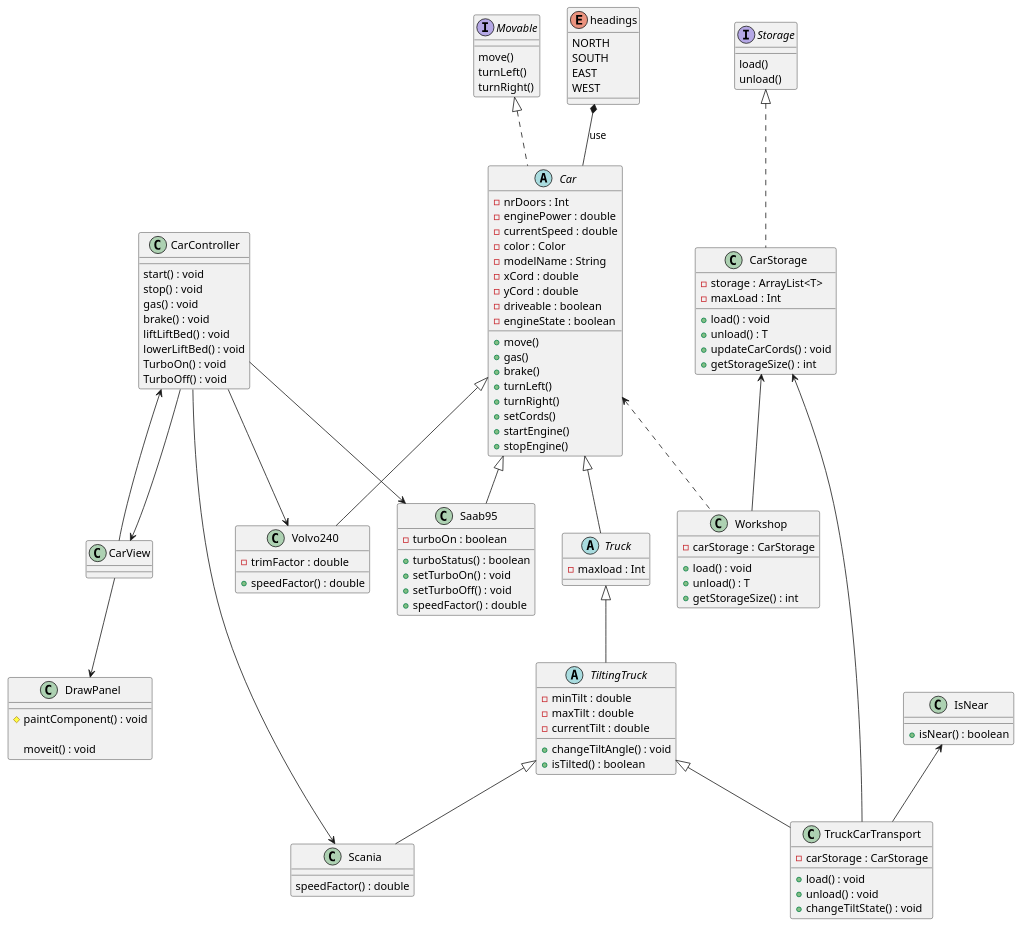
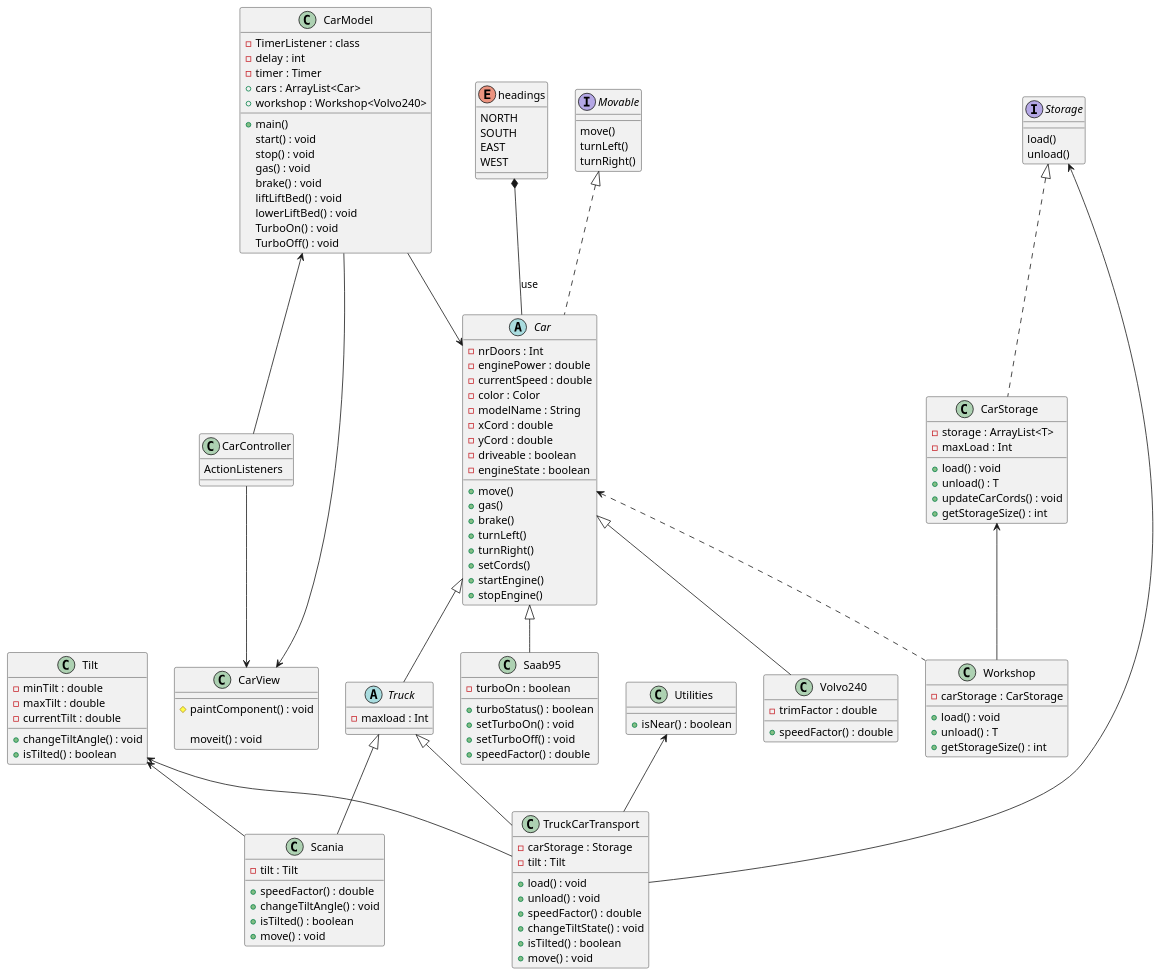
Before and after one commit to jabb4/TDA553-Lab: the diagram in upg4.puml, drawn with PlantUML. The commit also changed 5 other files, not shown here.

```diff
--- a/upg4.puml
+++ b/upg4.puml
@@ -1,148 +1,164 @@
 @startuml
 'https://plantuml.com/class-diagram
 
 enum headings {
 NORTH
 SOUTH
 EAST
 WEST
 }
 
 abstract class Car {
 - nrDoors : Int
 - enginePower : double
 - currentSpeed : double
 - color : Color
 - modelName : String
 - xCord : double
 - yCord : double
 - driveable : boolean
 - engineState : boolean
 
 + move()
 + gas()
 + brake()
 + turnLeft()
 + turnRight()
 + setCords()
 + startEngine()
 + stopEngine()
 }
 
 abstract class Truck {
 - maxload : Int
 }
 
-abstract class TiltingTruck {
+class Tilt {
 + changeTiltAngle() : void
 + isTilted() : boolean
 
 - minTilt : double
 - maxTilt : double
 - currentTilt : double
 }
 
 class CarController {
+ActionListeners
+}
+
+class CarModel {
+- TimerListener : class
+- delay : int
+- timer : Timer
++ cars : ArrayList<Car>
++ workshop : Workshop<Volvo240>
+
++ main()
 start() : void
 stop() : void
 gas() : void
 brake() : void
 liftLiftBed() : void
 lowerLiftBed() : void
 TurboOn() : void
 TurboOff() : void
 }
 
-class IsNear {
+class Utilities {
 + isNear() : boolean
 }
 
 class CarStorage {
 + load() : void
 + unload() : T
 + updateCarCords() : void
 + getStorageSize() : int
 
 
 - storage : ArrayList<T>
 - maxLoad : Int
 }
 
 class CarView {
-
-}
-class DrawPanel {
 # paintComponent() : void
 
 moveit() : void
 }
 
 class Saab95 {
 + turboStatus() : boolean
 + setTurboOn() : void
 + setTurboOff() : void
 + speedFactor() : double
 
 - turboOn : boolean
 }
 
 class Scania {
-speedFactor() : double
++ speedFactor() : double
++ changeTiltAngle() : void
++ isTilted() : boolean
++ move() : void
+
+- tilt : Tilt
 }
 
 class TruckCarTransport {
 + load() : void
 + unload() : void
++ speedFactor() : double
 + changeTiltState() : void
++ isTilted() : boolean
++ move() : void
 
-- carStorage : CarStorage
+- carStorage : Storage
+- tilt : Tilt
 }
 
 class Volvo240 {
 + speedFactor() : double
 
 - trimFactor : double
 }
 
 class Workshop {
 + load() : void
 + unload() : T
 + getStorageSize() : int
 
 - carStorage : CarStorage
 }
 
 interface Movable {
 move()
 turnLeft()
 turnRight()
 }
 
 interface Storage {
 load()
 unload()
 }
 
 Movable <|.. Car
 headings *-- Car : use
 Car <|-- Truck
 Car <|-- Volvo240
 Car <|-- Saab95
-Truck <|-- TiltingTruck
-TiltingTruck <|-- Scania
-TiltingTruck <|-- TruckCarTransport
-CarStorage <-- TruckCarTransport
-IsNear <-- TruckCarTransport
+Tilt <-- Scania
+Truck <|-- Scania
+Tilt <-- TruckCarTransport
+Truck <|-- TruckCarTransport
+Storage <-- TruckCarTransport
+Utilities <-- TruckCarTransport
 CarStorage <-- Workshop
 Storage <|.. CarStorage
 Car <.. Workshop
 
-CarView <-- CarController
-CarController <-- CarView
-CarView --> DrawPanel
+CarModel <-- CarController
+CarController --> CarView
+CarModel --> CarView
 
-CarController --> Volvo240
-CarController --> Saab95
-CarController --> Scania
+CarModel --> Car
 
 @enduml
```
